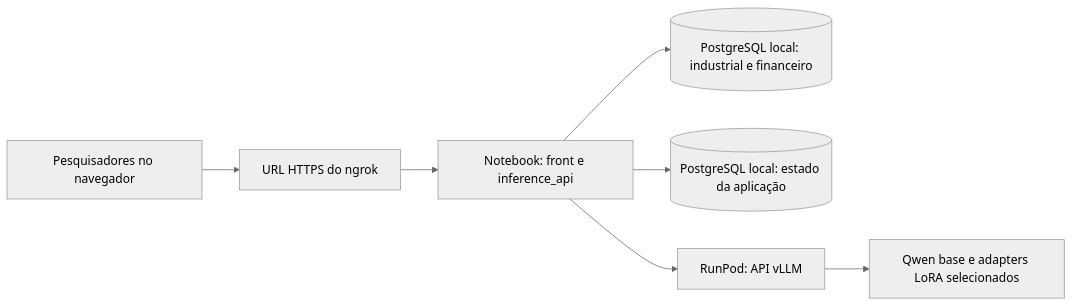
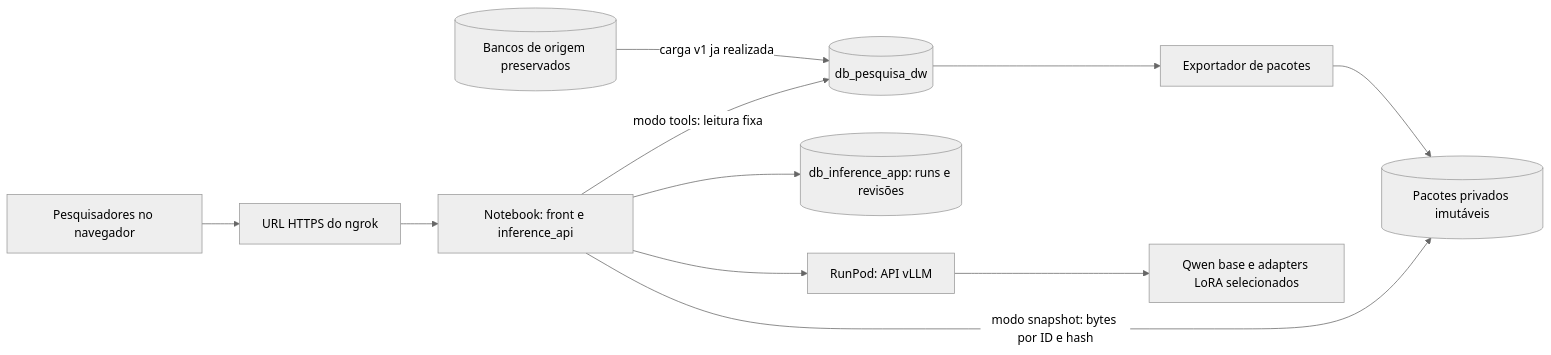
One commit to viniciusjsdev/Pesquisa_IC_IA changed the diagram in docs/arquitetura_inferencia_compartilhada.md. Above: the diagram before and after it, drawn with Mermaid (neutral theme). The commit also changed other lines of this file and 51 other files, not shown here.

````diff
--- a/docs/arquitetura_inferencia_compartilhada.md
+++ b/docs/arquitetura_inferencia_compartilhada.md
@@ -26,9 +43,13 @@
 ```mermaid
 flowchart LR
     U[Pesquisadores no navegador] --> N[URL HTTPS do ngrok]
     N --> A[Notebook: front e inference_api]
-    A --> P[(PostgreSQL local: industrial e financeiro)]
-    A --> X[(PostgreSQL local: estado da aplicação)]
+    S[(Bancos de origem preservados)] -->|carga v1 ja realizada| D[(db_pesquisa_dw)]
+    D --> E[Exportador de pacotes]
+    E --> F[(Pacotes privados imutáveis)]
+    A -->|modo tools: leitura fixa| D
+    A -->|modo snapshot: bytes por ID e hash| F
+    A --> X[(db_inference_app: runs e revisões)]
     A --> V[RunPod: API vLLM]
     V --> Q[Qwen base e adapters LoRA selecionados]
 ```
````
